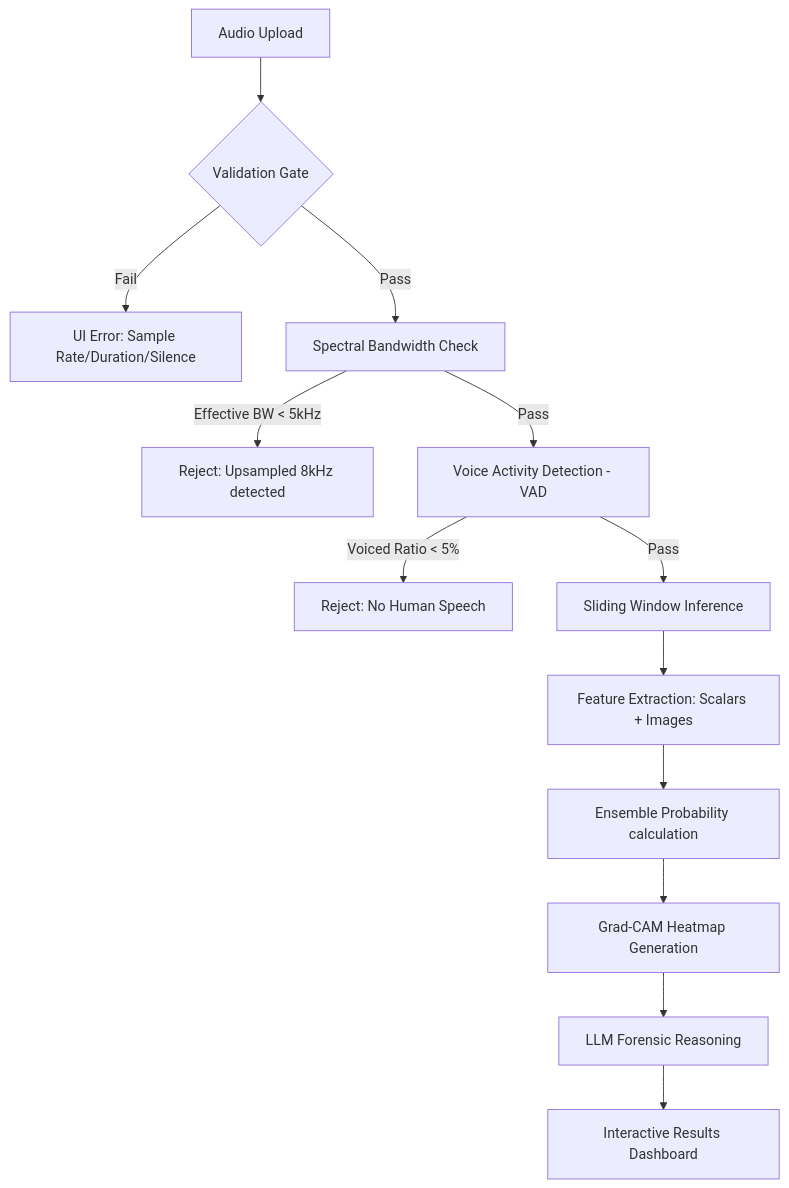
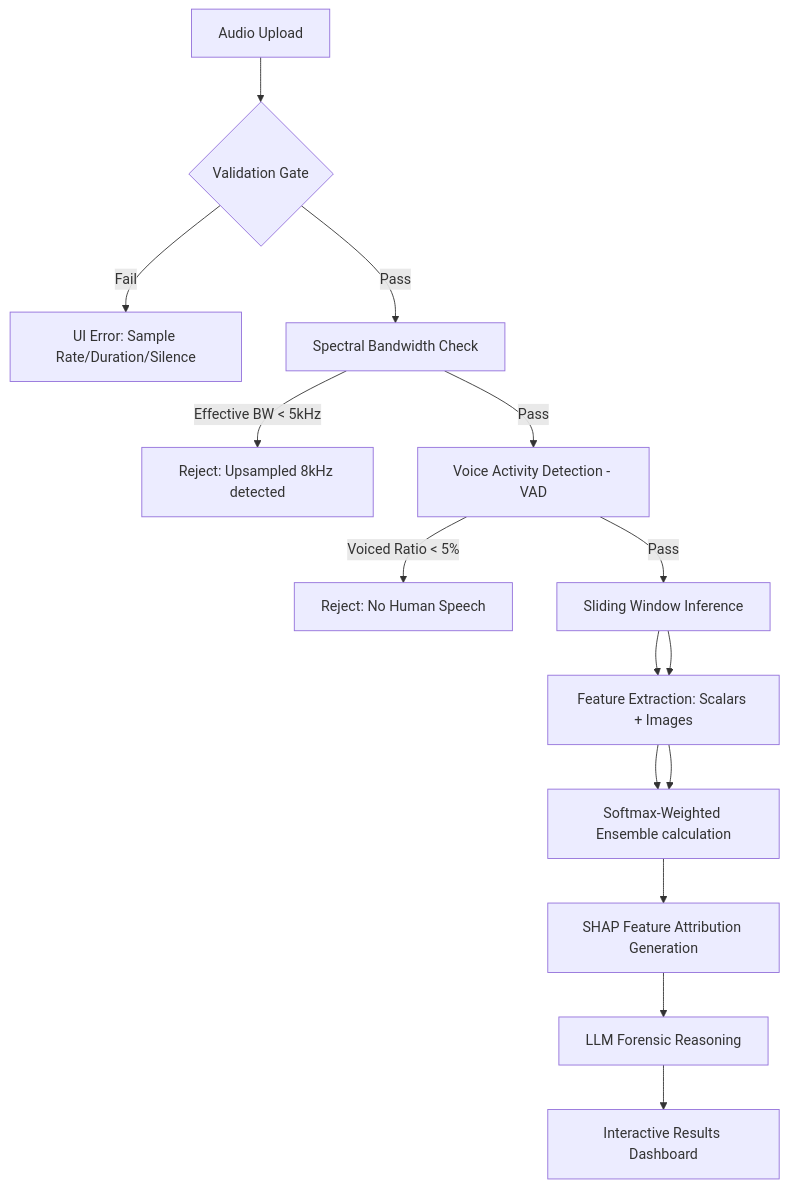
One commit to pranavrajgali/EchoTrace changed the diagram in docs/EchoTrace_Deep_Dive.md. Above: the diagram before and after it, drawn with Mermaid. The commit also changed other lines of this file and 6 other files, not shown here.

First line of the commit message:
EchoTrace v3.1: Improve forensic analysis flow, diagnostics, and reporting.

````diff
--- a/docs/EchoTrace_Deep_Dive.md
+++ b/docs/EchoTrace_Deep_Dive.md
@@ -25,15 +25,17 @@
 ```mermaid
 graph TD
     A[Audio Upload] --> B{Validation Gate}
     B -->|Fail| C[UI Error: Sample Rate/Duration/Silence]
     B -->|Pass| D[Spectral Bandwidth Check]
     D -->|Effective BW < 5kHz| E[Reject: Upsampled 8kHz detected]
     D -->|Pass| F[Voice Activity Detection - VAD]
     F -->|Voiced Ratio < 5%| G[Reject: No Human Speech]
     F -->|Pass| H[Sliding Window Inference]
     H --> I[Feature Extraction: Scalars + Images]
     I --> J[Ensemble Probability calculation]
-    J --> K[Grad-CAM Heatmap Generation]
+    H --> I[Feature Extraction: Scalars + Images]
+    I --> J[Softmax-Weighted Ensemble calculation]
+    J --> K[SHAP Feature Attribution Generation]
     K --> L[LLM Forensic Reasoning]
     L --> M[Interactive Results Dashboard]
 ```
````
